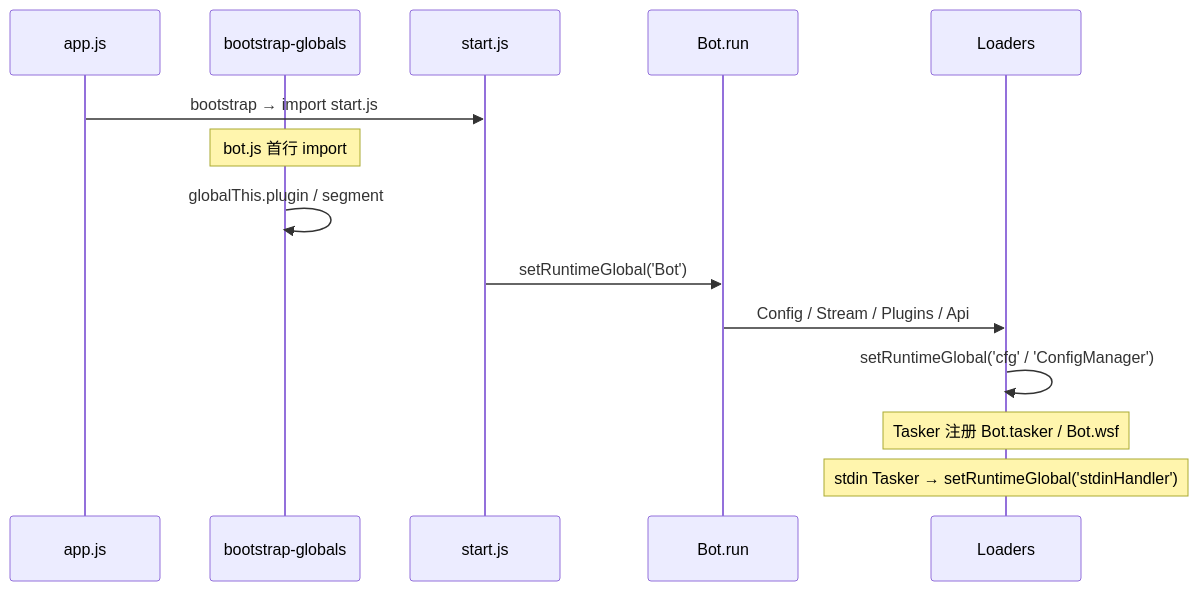
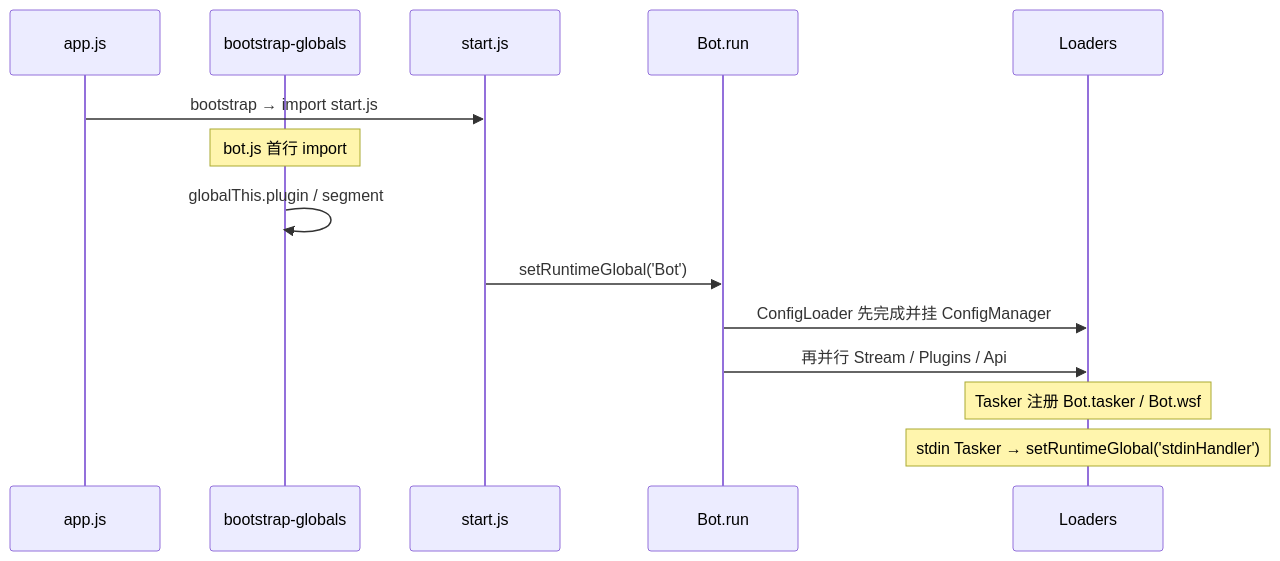
One commit to sunflowermm/XRK-AGT changed the diagram in docs/runtime-surface.md. Above: the diagram before and after it, drawn with Mermaid. The commit also changed other lines of this file and 31 other files, not shown here.

````diff
--- a/docs/runtime-surface.md
+++ b/docs/runtime-surface.md
@@ -44,17 +44,17 @@
 ```mermaid
 sequenceDiagram
   participant App as app.js
   participant Boot as bootstrap-globals
   participant Start as start.js
   participant Bot as Bot.run
   participant Load as Loaders
 
   App->>Start: bootstrap → import start.js
   Note over Boot: bot.js 首行 import
   Boot->>Boot: globalThis.plugin / segment
   Start->>Bot: setRuntimeGlobal('Bot')
-  Bot->>Load: Config / Stream / Plugins / Api
-  Load->>Load: setRuntimeGlobal('cfg' / 'ConfigManager')
+  Bot->>Load: ConfigLoader 先完成并挂 ConfigManager
+  Bot->>Load: 再并行 Stream / Plugins / Api
   Note over Load: Tasker 注册 Bot.tasker / Bot.wsf
   Note over Load: stdin Tasker → setRuntimeGlobal('stdinHandler')
 ```
````
